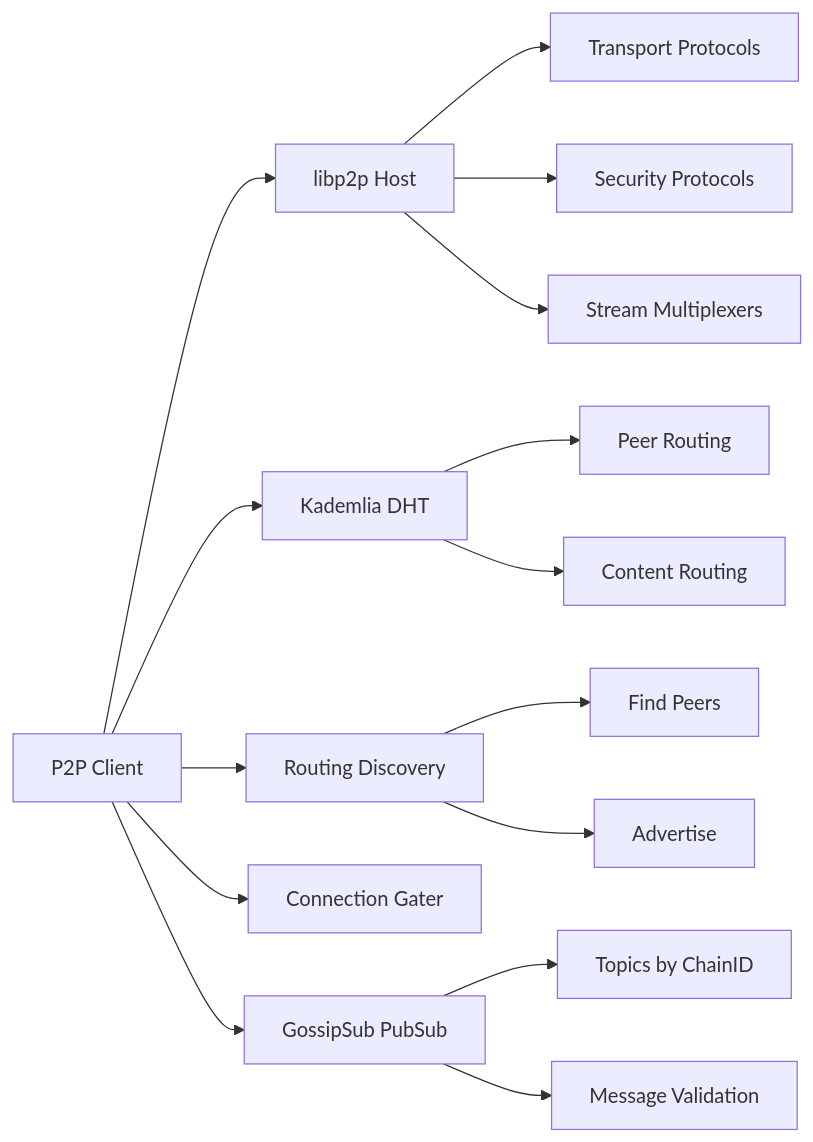
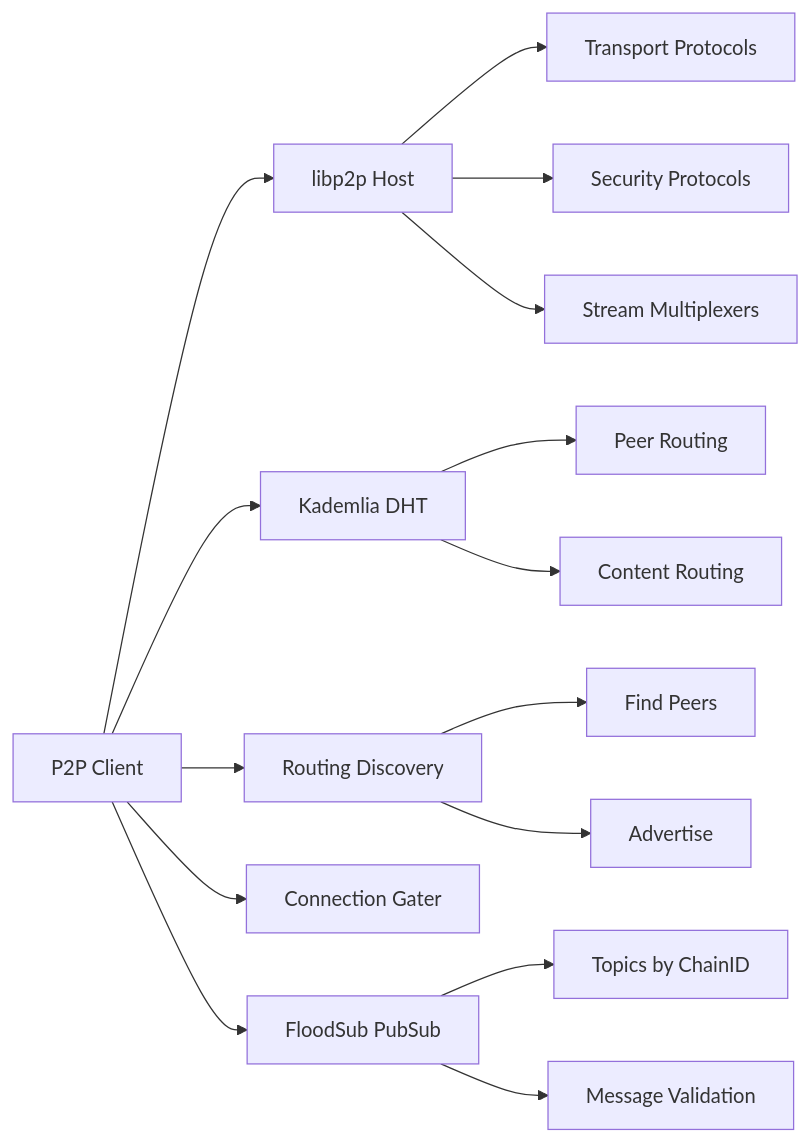
One commit to evstack/ev-node changed the second of 3 diagrams in pkg/p2p/README.md. Above: the diagram before and after it, drawn with Mermaid. The commit also changed other lines of this file and 5 other files, not shown here.

First line of the commit message:
refactor(pkg/p2p): swap GossipSub by FloodSub (#3263)

````diff
--- a/pkg/p2p/README.md
+++ b/pkg/p2p/README.md
@@ -65,22 +65,22 @@
 ```mermaid
 graph LR
     Client["P2P Client"]
     Client --> Host["libp2p Host"]
     Client --> DHT["Kademlia DHT"]
     Client --> Discovery["Routing Discovery"]
     Client --> Gater["Connection Gater"]
-    Client --> PubSub["GossipSub PubSub"]
+    Client --> PubSub["FloodSub PubSub"]
 
     Host --> Transport["Transport Protocols"]
     Host --> Security["Security Protocols"]
     Host --> Muxer["Stream Multiplexers"]
 
     DHT --> PeerRouting["Peer Routing"]
     DHT --> ContentRouting["Content Routing"]
 
     Discovery --> FindPeers["Find Peers"]
     Discovery --> Advertise["Advertise"]
 
     PubSub --> Topics["Topics by ChainID"]
     PubSub --> Validation["Message Validation"]
 ```
````
